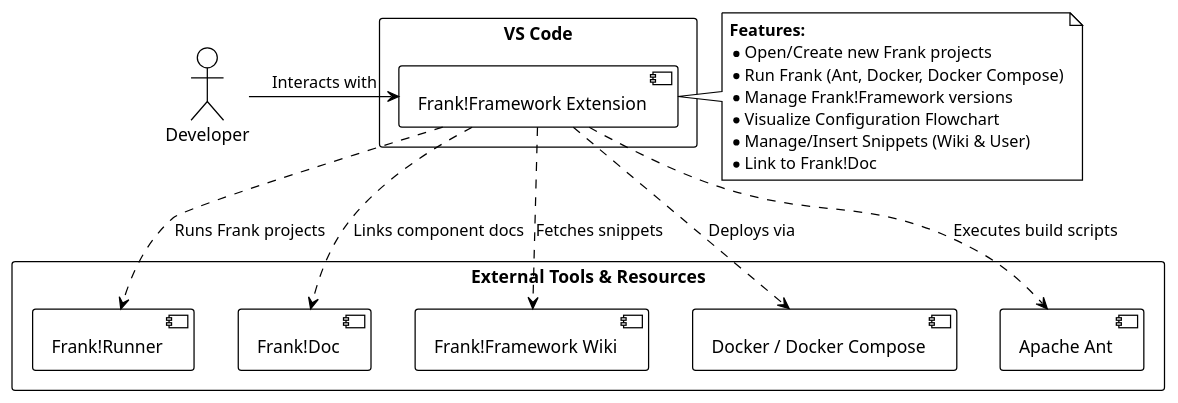
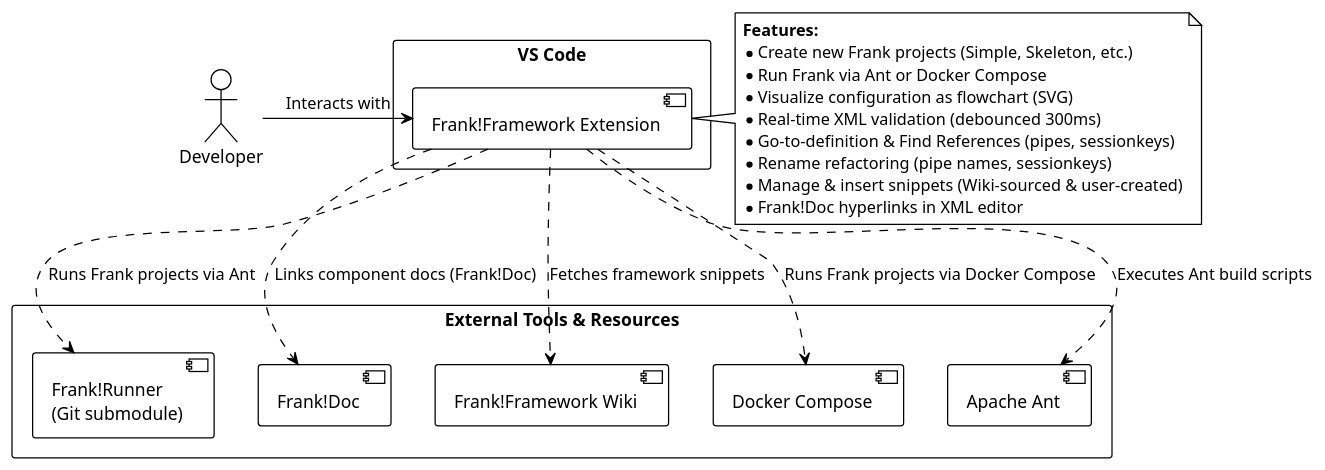
The diagram in DesignDiagrams/contextDiagram.puml (MarcoNL1/vscode-plugin), drawn with PlantUML before and after one commit. The commit also changed 3 other files, not shown here.

Commit message:
Updated diagrams

```diff
--- a/DesignDiagrams/contextDiagram.puml
+++ b/DesignDiagrams/contextDiagram.puml
@@ -1,36 +1,38 @@
 @startuml contextDiagram
 !theme plain
 
 actor "Developer" as User
 
 rectangle "VS Code" {
     component "Frank!Framework Extension" as Extension
 }
 
 rectangle "External Tools & Resources" {
-    component "Frank!Runner" as Runner
+    component "Frank!Runner\n(Git submodule)" as Runner
     component "Frank!Doc" as Documentation
     component "Frank!Framework Wiki" as Wiki
-    component "Docker / Docker Compose" as Docker
+    component "Docker Compose" as Docker
     component "Apache Ant" as Ant
 }
 
 User -> Extension : Interacts with
 
-Extension ..> Runner : Runs Frank projects
-Extension ..> Docker : Deploys via
-Extension ..> Ant : Executes build scripts
-Extension ..> Documentation : Links component docs
-Extension ..> Wiki : Fetches snippets
+Extension ..> Runner : Runs Frank projects via Ant
+Extension ..> Docker : Runs Frank projects via Docker Compose
+Extension ..> Ant : Executes Ant build scripts
+Extension ..> Documentation : Links component docs (Frank!Doc)
+Extension ..> Wiki : Fetches framework snippets
 
 note right of Extension
   **Features:**
-  * Open/Create new Frank projects
-  * Run Frank (Ant, Docker, Docker Compose)
-  * Manage Frank!Framework versions
-  * Visualize Configuration Flowchart
-  * Manage/Insert Snippets (Wiki & User)
-  * Link to Frank!Doc
+  * Create new Frank projects (Simple, Skeleton, etc.)
+  * Run Frank via Ant or Docker Compose
+  * Visualize configuration as flowchart (SVG)
+  * Real-time XML validation (debounced 300ms)
+  * Go-to-definition & Find References (pipes, sessionkeys)
+  * Rename refactoring (pipe names, sessionkeys)
+  * Manage & insert snippets (Wiki-sourced & user-created)
+  * Frank!Doc hyperlinks in XML editor
 end note
 
 @enduml
```
